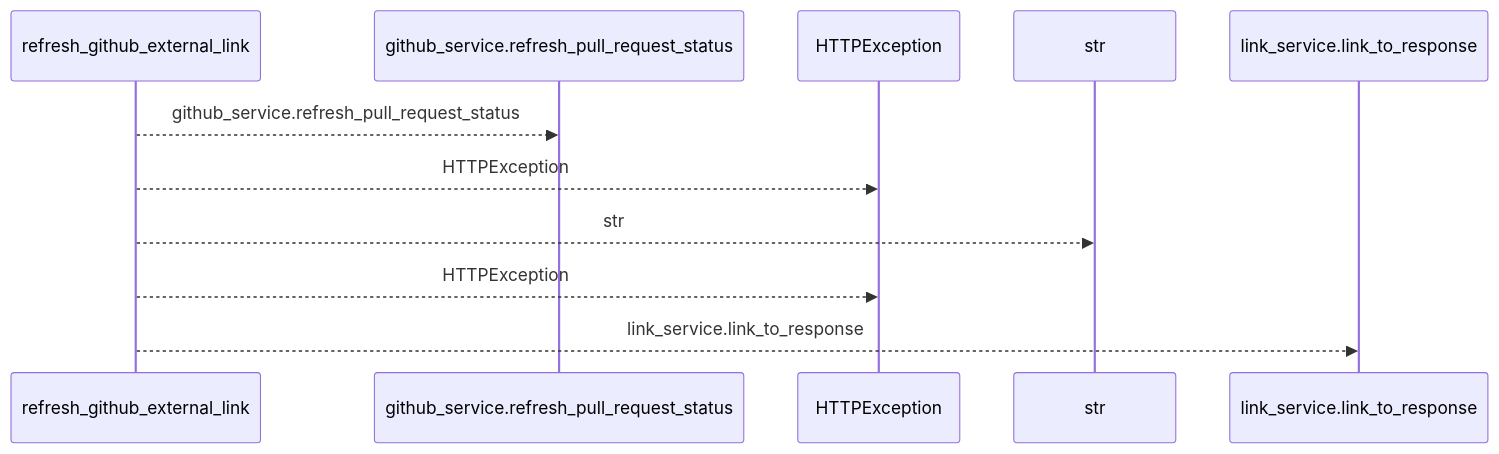
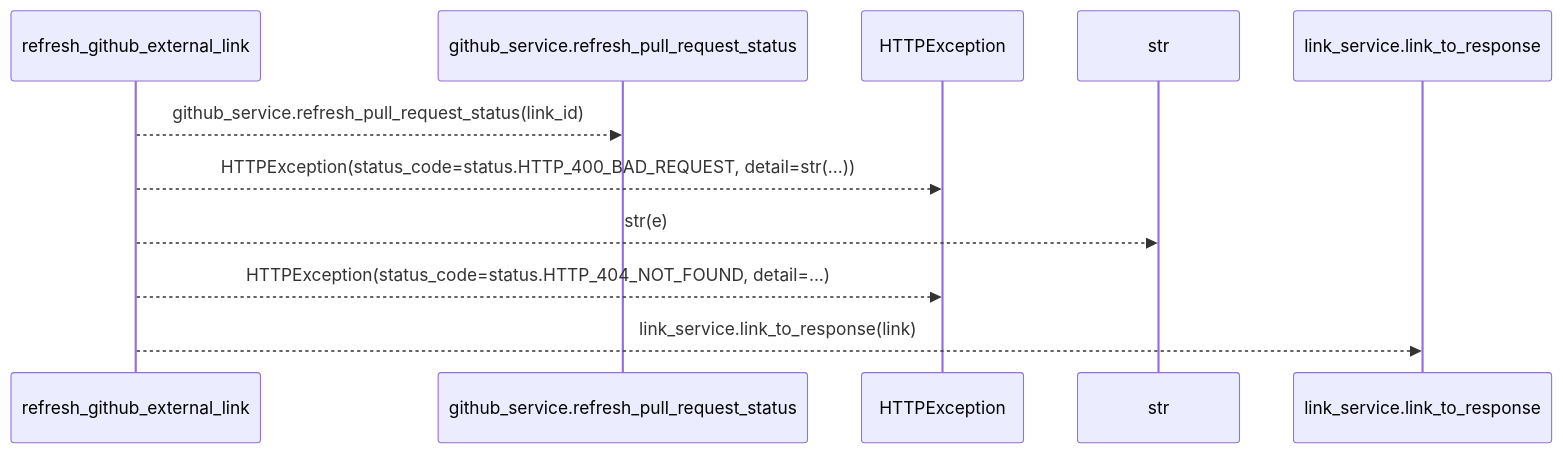
Before and after one commit to Denissvgn/WorkChord: the first of 2 diagrams in docs/llm_wiki/flows/http-refresh_github_external_link.md, drawn with Mermaid. The commit also changed other lines of this file and 25171 other files, not shown here.

````diff
--- a/docs/llm_wiki/flows/http-refresh_github_external_link.md
+++ b/docs/llm_wiki/flows/http-refresh_github_external_link.md
@@ -10,13 +12,13 @@
 ```mermaid
 sequenceDiagram
     participant p0 as refresh_github_external_link
     participant p1 as github_service.refresh_pull_request_status
     participant p2 as HTTPException
     participant p3 as str
     participant p4 as link_service.link_to_response
-    p0-->>p1: github_service.refresh_pull_request_status
-    p0-->>p2: HTTPException
-    p0-->>p3: str
-    p0-->>p2: HTTPException
-    p0-->>p4: link_service.link_to_response
+    p0-->>p1: github_service.refresh_pull_request_status(link_id)
+    p0-->>p2: HTTPException(status_code=status.HTTP_400_BAD_REQUEST, detail=str(...))
+    p0-->>p3: str(e)
+    p0-->>p2: HTTPException(status_code=status.HTTP_404_NOT_FOUND, detail=...)
+    p0-->>p4: link_service.link_to_response(link)
 ```
````
